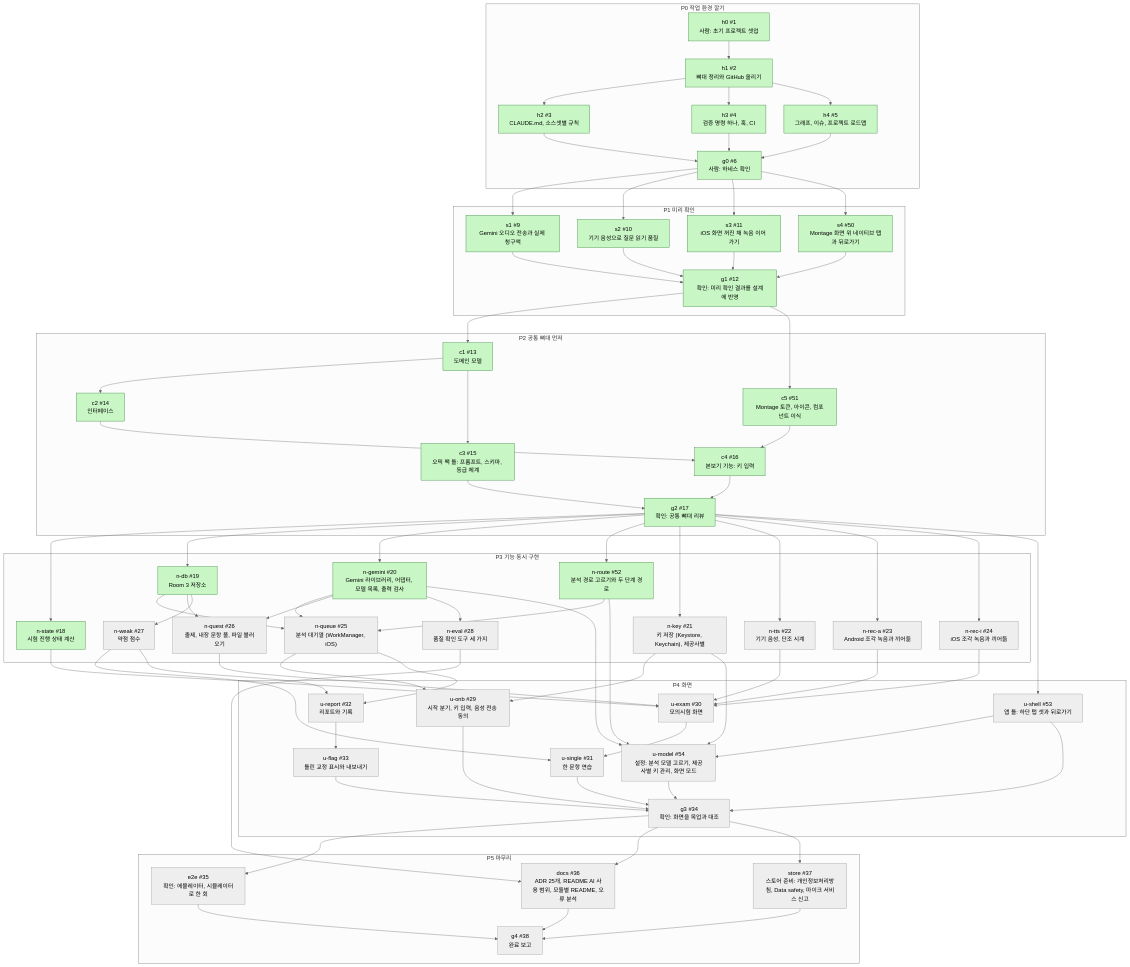
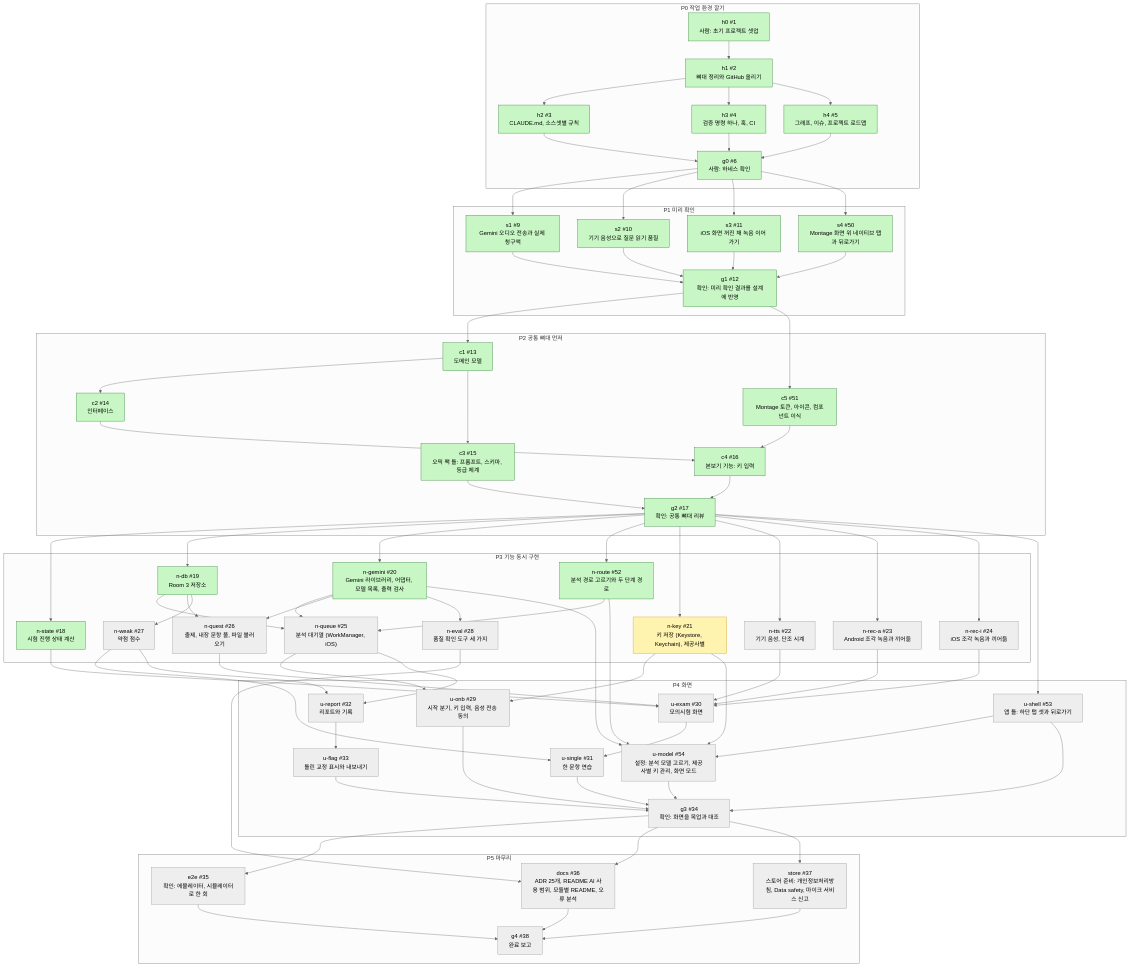
Before and after one commit to nosorae/AiOpicSelfStudy: the first of 2 diagrams in docs/graph/dev-graph.md, drawn with Mermaid (neutral theme). The commit also changed other lines of this file and 1 other file, not shown here.

Commit message:
[n-key] 노드 상태를 doing 으로 바꿨다 (#21)

```diff
--- a/docs/graph/dev-graph.md
+++ b/docs/graph/dev-graph.md
@@ -127,8 +127,9 @@
   docs --> g4
   store --> g4
   classDef todo fill:#eeeeee,stroke:#999999,color:#000
-  class n_key,n_tts,n_rec_a,n_rec_i,n_queue,n_quest,n_weak,n_eval,u_onb,u_shell,u_exam,u_single,u_report,u_flag,u_model,g3,e2e,docs,store,g4 todo
+  class n_tts,n_rec_a,n_rec_i,n_queue,n_quest,n_weak,n_eval,u_onb,u_shell,u_exam,u_single,u_report,u_flag,u_model,g3,e2e,docs,store,g4 todo
   classDef doing fill:#fff3b0,stroke:#d4a017,color:#000
+  class n_key doing
   classDef done fill:#c8f7c5,stroke:#2e7d32,color:#000
   class h0,h1,h2,h3,h4,g0,s1,s2,s3,s4,g1,c1,c2,c3,c5,c4,g2,n_state,n_db,n_gemini,n_route done
   classDef blocked fill:#ffcdd2,stroke:#c62828,color:#000
```
